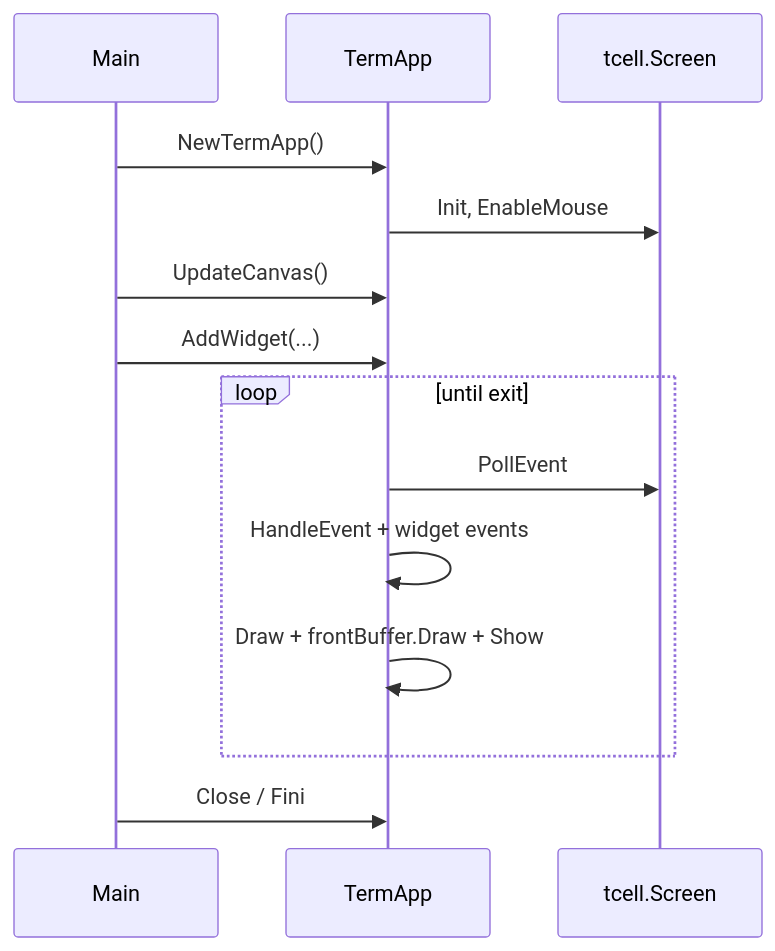
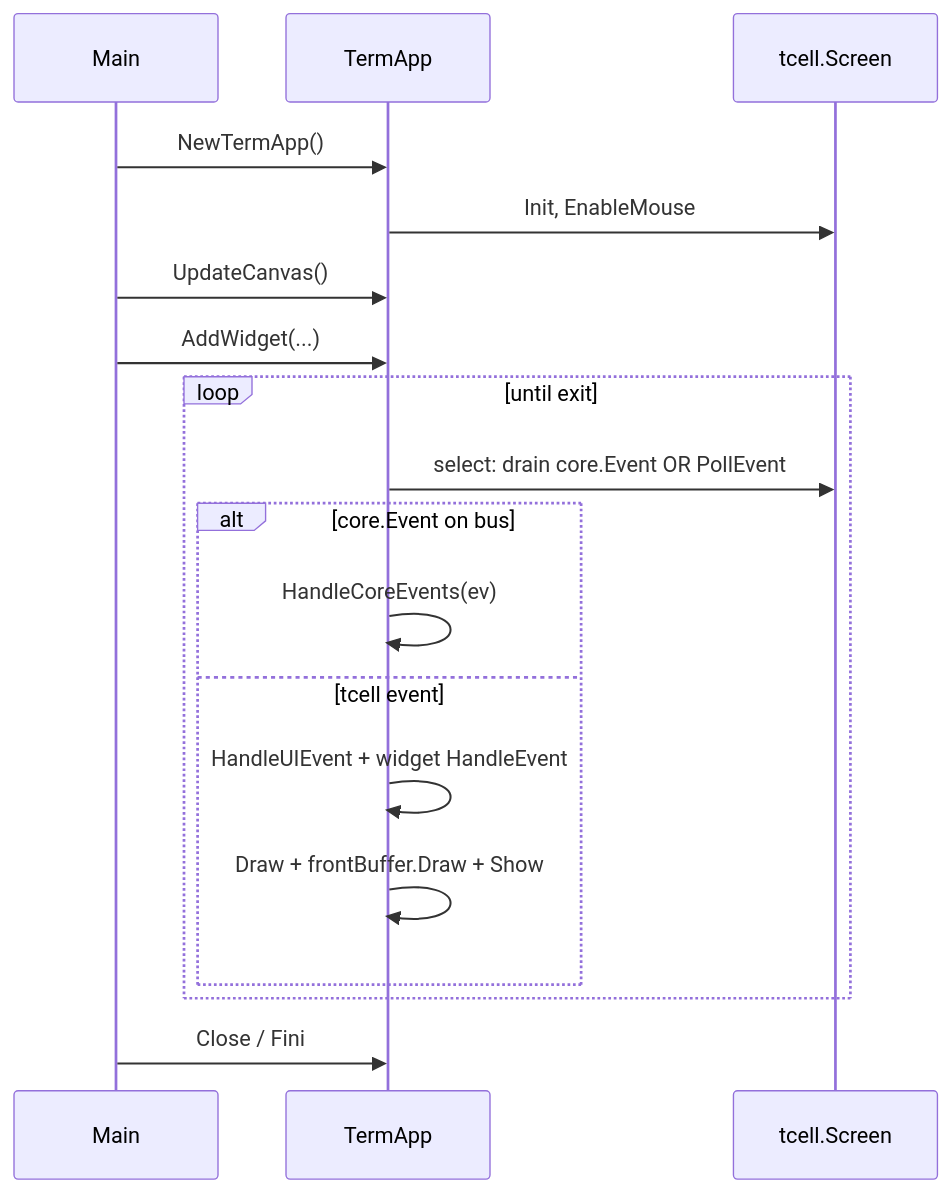
One commit to yairgd/gdbforge changed the seventh of 7 diagrams in docs/UI_ARCHITECTURE.md. Above: the diagram before and after it, drawn with Mermaid. The commit also changed other lines of this file and 9 other files, not shown here.

````diff
--- a/docs/UI_ARCHITECTURE.md
+++ b/docs/UI_ARCHITECTURE.md
@@ -363,17 +409,21 @@
 ```mermaid
 sequenceDiagram
     participant Main
     participant App as TermApp
     participant Screen as tcell.Screen
 
     Main->>App: NewTermApp()
     App->>Screen: Init, EnableMouse
     Main->>App: UpdateCanvas()
     Main->>App: AddWidget(...)
     loop until exit
-        App->>Screen: PollEvent
-        App->>App: HandleEvent + widget events
-        App->>App: Draw + frontBuffer.Draw + Show
+        App->>Screen: select: drain core.Event OR PollEvent
+        alt core.Event on bus
+            App->>App: HandleCoreEvents(ev)
+        else tcell event
+            App->>App: HandleUIEvent + widget HandleEvent
+            App->>App: Draw + frontBuffer.Draw + Show
+        end
     end
     Main->>App: Close / Fini
 ```
````
